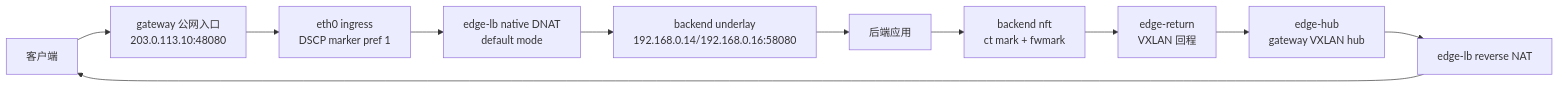
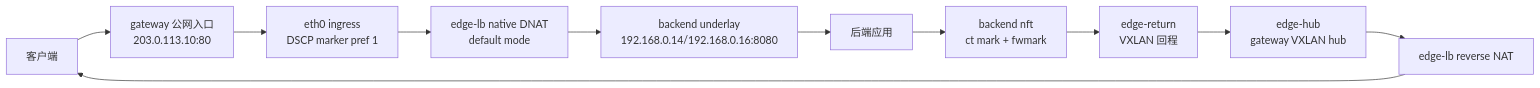
Before and after one commit to midy177/edge-lb: the diagram in docs/architecture.md, drawn with Mermaid. The commit also changed 29 other files, not shown here.

````diff
--- a/docs/architecture.md
+++ b/docs/architecture.md
@@ -14,16 +14,16 @@
 ```mermaid
 flowchart LR
     client["客户端"]
-    gw_pub["gateway 公网入口<br/>203.0.113.10:48080"]
+    gw_pub["gateway 公网入口<br/>203.0.113.10:80"]
     marker["eth0 ingress<br/>DSCP marker pref 1"]
     lb["edge-lb native DNAT<br/>default mode"]
-    backend["backend underlay<br/>192.168.0.14/192.168.0.16:58080"]
+    backend["backend underlay<br/>192.168.0.14/192.168.0.16:8080"]
     app["后端应用"]
     nft["backend nft<br/>ct mark + fwmark"]
     ret["edge-return<br/>VXLAN 回程"]
     hub["edge-hub<br/>gateway VXLAN hub"]
     revnat["edge-lb reverse NAT"]
 
     client --> gw_pub --> marker --> lb --> backend --> app
     app --> nft --> ret --> hub --> revnat --> client
 ```
````
